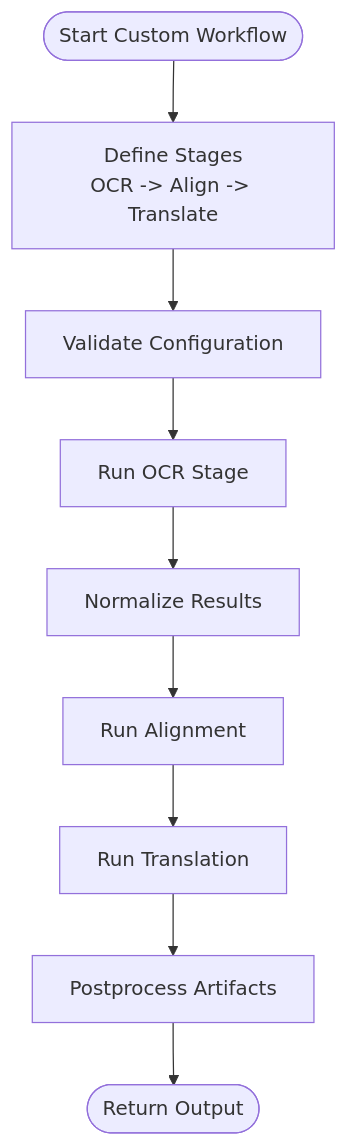
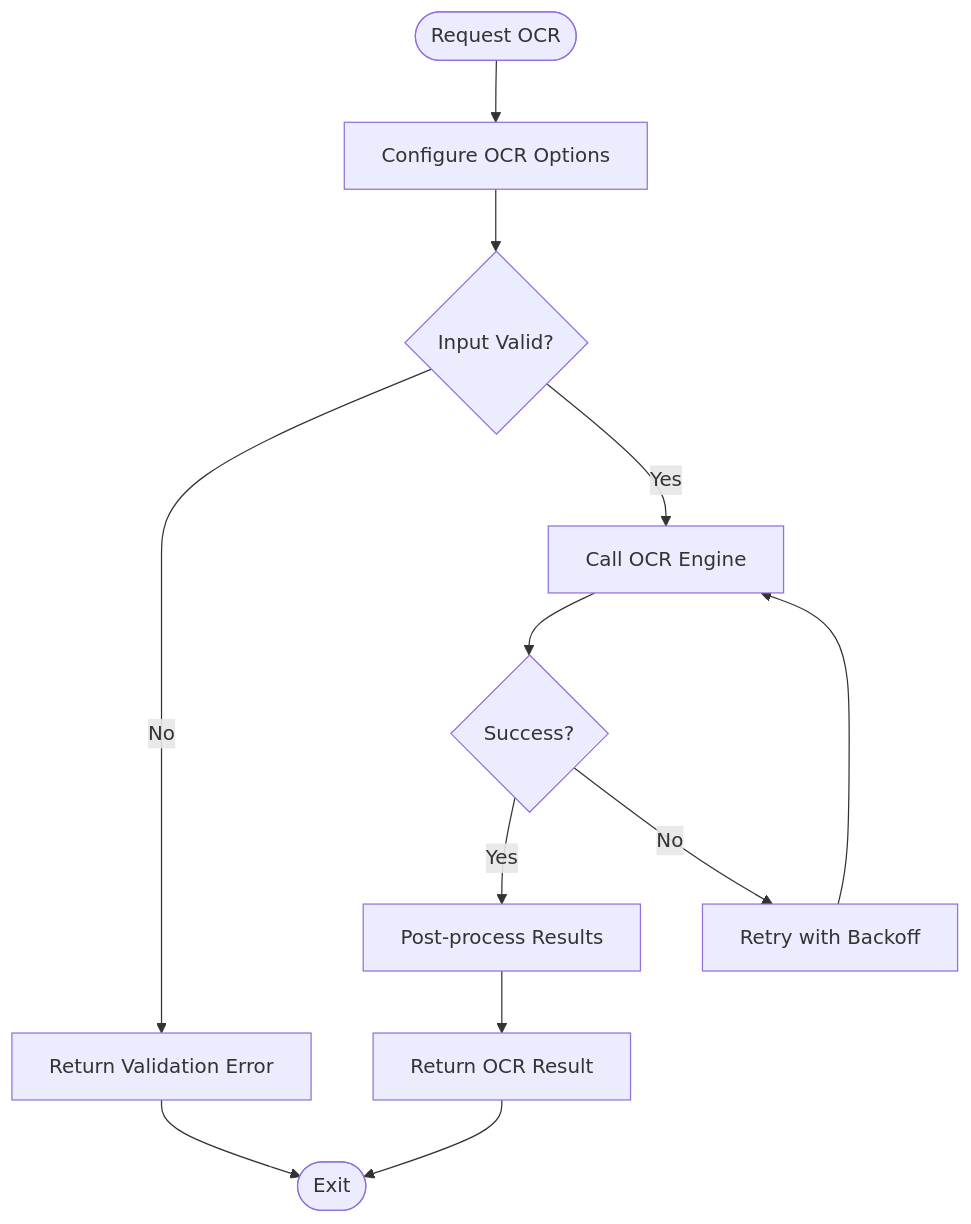
The fifth of 7 diagrams in .qoder/repowiki/en/content/Developer Guide.md (Sifr-r/LocalDeepL), drawn with Mermaid before and after one commit. The commit also changed other lines of this file and 246 other files, not shown here.

````diff
--- a/.qoder/repowiki/en/content/Developer Guide.md
+++ b/.qoder/repowiki/en/content/Developer Guide.md
@@ -348,11 +202,14 @@
 ```mermaid
 flowchart TD
-Start(["Start Custom Workflow"]) --> DefineStages["Define Stages<br/>OCR -> Align -> Translate"]
-DefineStages --> ValidateConfig["Validate Configuration"]
-ValidateConfig --> RunOCR["Run OCR Stage"]
-RunOCR --> Normalize["Normalize Results"]
-Normalize --> RunAlign["Run Alignment"]
-RunAlign --> RunTranslate["Run Translation"]
-RunTranslate --> Postprocess["Postprocess Artifacts"]
-Postprocess --> Return(["Return Output"])
+Start(["Request OCR"]) --> Configure["Configure OCR Options"]
+Configure --> Validate{"Input Valid?"}
+Validate --> |No| Error["Return Validation Error"]
+Validate --> |Yes| CallOCR["Call OCR Engine"]
+CallOCR --> Success{"Success?"}
+Success --> |Yes| PostProcess["Post-process Results"]
+Success --> |No| Retry["Retry with Backoff"]
+Retry --> CallOCR
+PostProcess --> Return["Return OCR Result"]
+Error --> End(["Exit"])
+Return --> End
 ```
````
